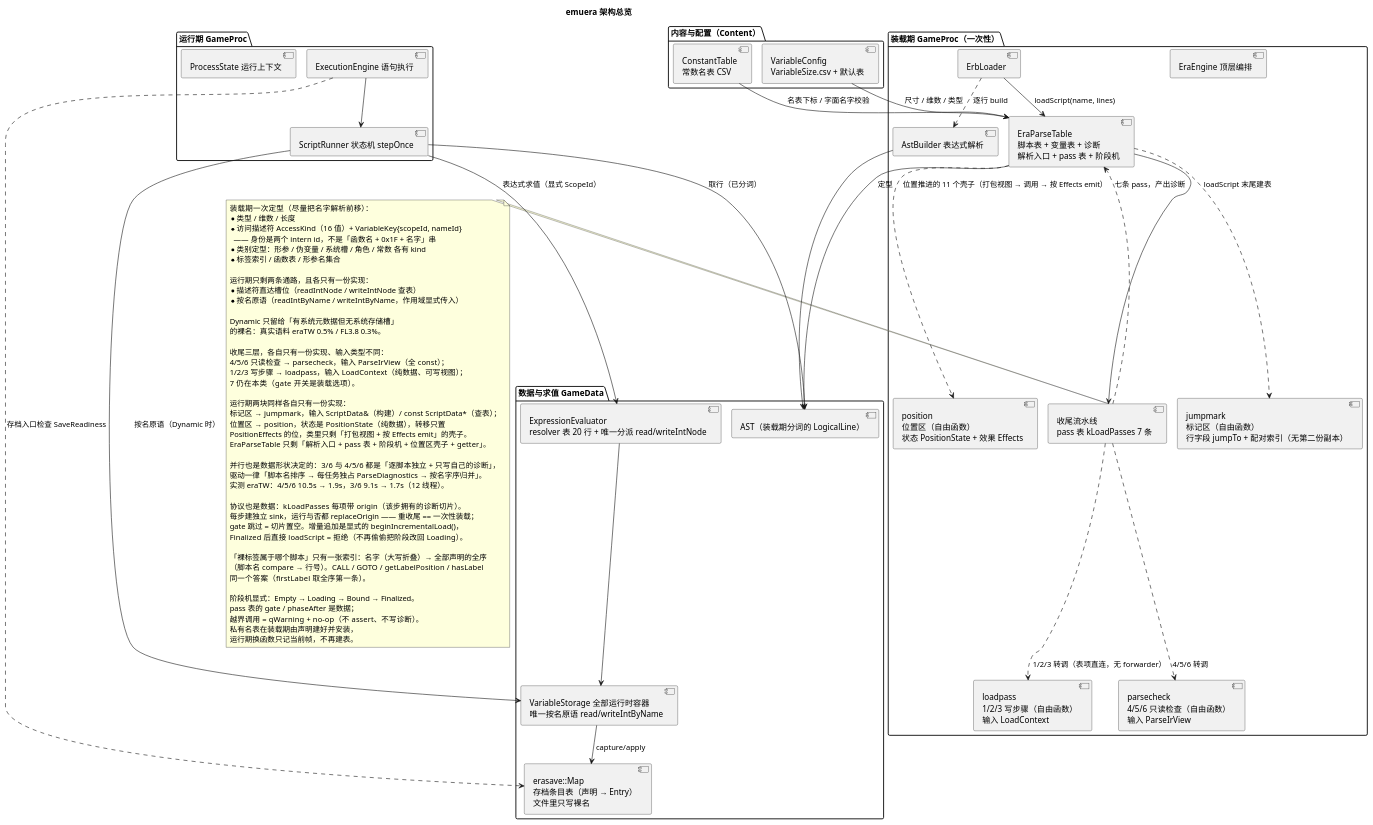
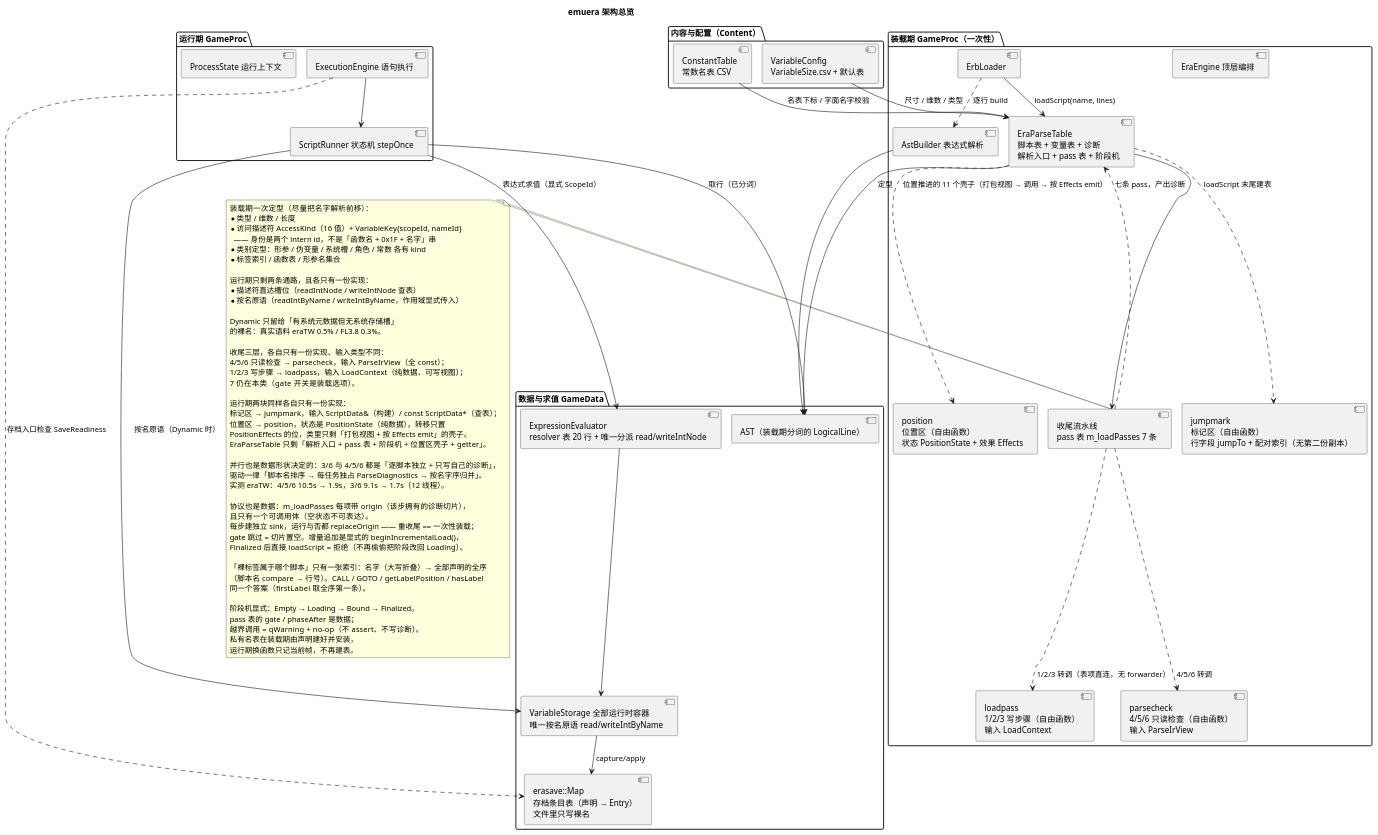
One commit to yigekuyou/qt-eraemu changed the diagram in docs/uml/00-overview.puml. Above: the diagram before and after it, drawn with PlantUML. The commit also changed 3 other files, not shown here.

First line of the commit message:
docs/uml：收尾 pass 表只剩一种形态（PassAction），空状态不可表达

```diff
--- a/docs/uml/00-overview.puml
+++ b/docs/uml/00-overview.puml
@@ -1,103 +1,104 @@
 @startuml 00-overview
 ' 无 graphviz(dot) 时用 PlantUML 内置 smetana 布局引擎（有 dot 可删掉这两行）
 !pragma layout smetana
 ' emuera —— 架构总览：装载期一次定型，运行期只做存取
 ' 渲染：plantuml -tpng docs/uml/00-overview.puml
 title emuera 架构总览
 
 package "装载期 GameProc（一次性）" {
   [EraEngine 顶层编排] as Engine
   [ErbLoader] as Loader
   [AstBuilder 表达式解析] as Builder
   [EraParseTable\n脚本表 + 变量表 + 诊断\n解析入口 + pass 表 + 阶段机] as Table
-  [收尾流水线\npass 表 kLoadPasses 7 条] as Finish
+  [收尾流水线\npass 表 m_loadPasses 7 条] as Finish
   [parsecheck\n4/5/6 只读检查（自由函数）\n输入 ParseIrView] as Checks
   [loadpass\n1/2/3 写步骤（自由函数）\n输入 LoadContext] as Writes
   [jumpmark\n标记区（自由函数）\n行字段 jumpTo + 配对索引（无第二份副本）] as Mark
   [position\n位置区（自由函数）\n状态 PositionState + 效果 Effects] as Pos
 }
 
 package "内容与配置（Content）" {
   [ConstantTable\n常数名表 CSV] as Consts
   [VariableConfig\nVariableSize.csv + 默认表] as Config
 }
 
 package "运行期 GameProc" {
   [ExecutionEngine 语句执行] as Exec
   [ScriptRunner 状态机 stepOnce] as Runner
   [ProcessState 运行上下文] as State
 }
 
 package "数据与求值 GameData" {
   [AST（装载期分词的 LogicalLine）] as AST
   [VariableStorage 全部运行时容器\n唯一按名原语 read/writeIntByName] as Storage
   [ExpressionEvaluator\nresolver 表 20 行 + 唯一分派 read/writeIntNode] as Eval
   [erasave::Map\n存档条目表（声明 → Entry）\n文件里只写裸名] as Save
 }
 
 Loader ..> Builder : 逐行 build
 Loader --> Table : loadScript(name, lines)
 Builder --> AST
 Finish ..> Table : 七条 pass，产出诊断
 Table --> Finish
 Finish ..> Checks : 4/5/6 转调
 Finish ..> Writes : 1/2/3 转调（表项直连，无 forwarder）
 Table ..> Mark : loadScript 末尾建表
 Table ..> Pos : 位置推进的 11 个壳子（打包视图 → 调用 → 按 Effects emit）
 Consts --> Table : 名表下标 / 字面名字校验
 Config --> Table : 尺寸 / 维数 / 类型
 Exec --> Runner
 Runner --> AST : 取行（已分词）
 Runner --> Storage : 按名原语（Dynamic 时）
 Runner --> Eval : 表达式求值（显式 ScopeId）
 Eval --> Storage
 Storage --> Save : capture/apply
 Exec ..> Save : 存档入口检查 SaveReadiness
 Table --> AST : 定型
 
 note right of Finish
   装载期一次定型（尽量把名字解析前移）：
   * 类型 / 维数 / 长度
   * 访问描述符 AccessKind（16 值）+ VariableKey{scopeId, nameId}
     —— 身份是两个 intern id，不是「函数名 + 0x1F + 名字」串
   * 类别定型：形参 / 伪变量 / 系统槽 / 角色 / 常数 各有 kind
   * 标签索引 / 函数表 / 形参名集合
 
   运行期只剩两条通路，且各只有一份实现：
   * 描述符直达槽位（readIntNode / writeIntNode 查表）
   * 按名原语（readIntByName / writeIntByName，作用域显式传入）
 
   Dynamic 只留给「有系统元数据但无系统存储槽」
   的裸名：真实语料 eraTW 0.5% / FL3.8 0.3%。
 
   收尾三层，各自只有一份实现、输入类型不同：
   4/5/6 只读检查 → parsecheck，输入 ParseIrView（全 const）；
   1/2/3 写步骤 → loadpass，输入 LoadContext（纯数据、可写视图）；
   7 仍在本类（gate 开关是装载选项）。
 
   运行期两块同样各自只有一份实现：
   标记区 → jumpmark，输入 ScriptData&（构建）/ const ScriptData*（查表）；
   位置区 → position，状态是 PositionState（纯数据），转移只置
   PositionEffects 的位，类里只剩「打包视图 + 按 Effects emit」的壳子。
   EraParseTable 只剩「解析入口 + pass 表 + 阶段机 + 位置区壳子 + getter」。
 
   并行也是数据形状决定的：3/6 与 4/5/6 都是「逐脚本独立 + 只写自己的诊断」，
   驱动一律「脚本名排序 → 每任务独占 ParseDiagnostics → 按名字序归并」。
   实测 eraTW：4/5/6 10.5s → 1.9s，3/6 9.1s → 1.7s（12 线程）。
 
-  协议也是数据：kLoadPasses 每项带 origin（该步拥有的诊断切片）。
+  协议也是数据：m_loadPasses 每项带 origin（该步拥有的诊断切片），
+  且只有一个可调用体（空状态不可表达）。
   每步建独立 sink，运行与否都 replaceOrigin —— 重收尾 == 一次性装载；
   gate 跳过 = 切片置空。增量追加是显式的 beginIncrementalLoad()，
   Finalized 后直接 loadScript = 拒绝（不再偷偷把阶段改回 Loading）。
 
   「裸标签属于哪个脚本」只有一张索引：名字（大写折叠）→ 全部声明的全序
   （脚本名 compare → 行号）。CALL / GOTO / getLabelPosition / hasLabel
   同一个答案（firstLabel 取全序第一条）。
 
   阶段机显式：Empty → Loading → Bound → Finalized。
   pass 表的 gate / phaseAfter 是数据；
   越界调用 = qWarning + no-op（不 assert、不写诊断）。
   私有名表在装载期由声明建好并安装，
   运行期换函数只记当前帧，不再建表。
 end note
 @enduml
```
